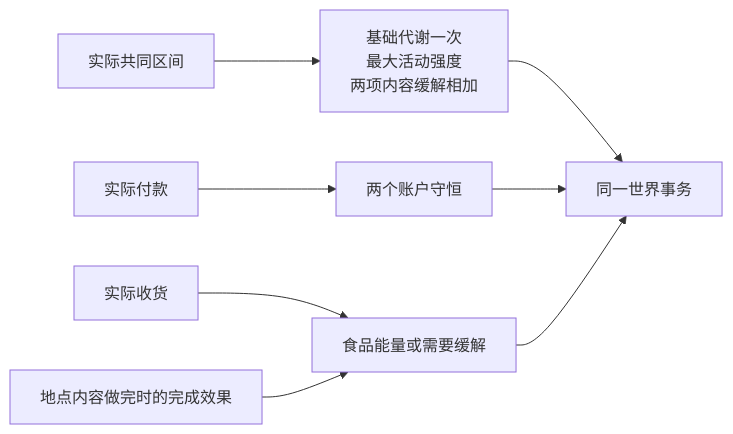
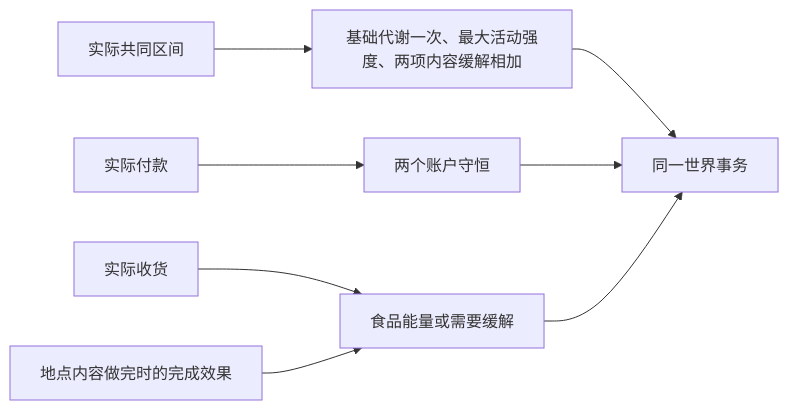
One commit to HoldThatThgt/WorldMock changed the diagram in docs/design/02-exchange-engine.md. Above: the diagram before and after it, drawn with Mermaid. The commit also changed other lines of this file and 113 other files, not shown here.

````diff
--- a/docs/design/02-exchange-engine.md
+++ b/docs/design/02-exchange-engine.md
@@ -10,10 +10,10 @@
 ```mermaid
 flowchart LR
-    Interval[实际共同区间] --> Body[基础代谢一次<br/>最大活动强度<br/>两项内容缓解相加]
+    Interval[实际共同区间] --> Body["基础代谢一次、最大活动强度、两项内容缓解相加"]
     Payment[实际付款] --> Money[两个账户守恒]
     Receipt[实际收货] --> Effect[食品能量或需要缓解]
     Completion[地点内容做完时的完成效果] --> Effect
     Body --> Commit[同一世界事务]
     Money --> Commit
     Effect --> Commit
 ```
````
